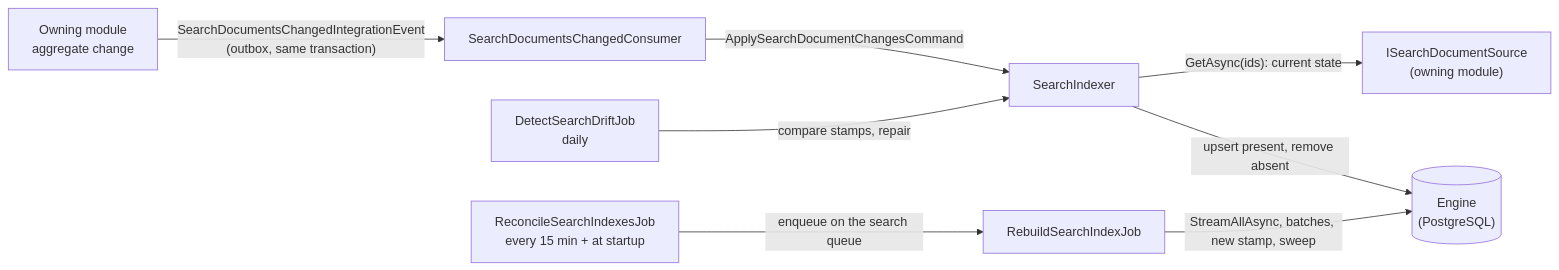
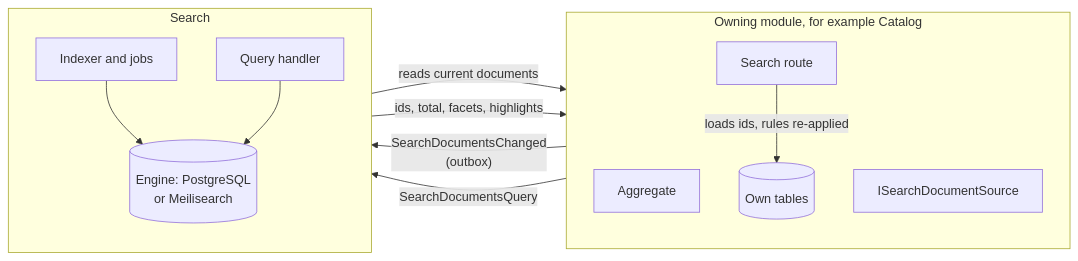
The diagram in wiki/Modules/Search.md (mhasabalah/StarterKit), drawn with Mermaid before and after one commit. The commit also changed other lines of this file and 18 other files, not shown here.

First line of the commit message:
docs(search): a full Search guide, on the home pages and in the module nav

````diff
--- a/wiki/Modules/Search.md
+++ b/wiki/Modules/Search.md
@@ -130,12 +25,27 @@
 ```mermaid
 flowchart LR
-    accTitle: Search indexing pipeline
-    accDescr: An owning module's change goes through the outbox to the Search consumer, which re-reads the source and writes the engine. Rebuild, reconcile and drift jobs repair and rebuild.
-    owner["Owning module<br/>aggregate change"] -->|"SearchDocumentsChangedIntegrationEvent<br/>(outbox, same transaction)"| consumer["SearchDocumentsChangedConsumer"]
-    consumer -->|"ApplySearchDocumentChangesCommand"| indexer["SearchIndexer"]
-    indexer -->|"GetAsync(ids): current state"| source["ISearchDocumentSource<br/>(owning module)"]
-    indexer -->|"upsert present, remove absent"| engine[("Engine<br/>(PostgreSQL)")]
-    reconcile["ReconcileSearchIndexesJob<br/>every 15 min + at startup"] -->|"enqueue on the search queue"| rebuild["RebuildSearchIndexJob"]
-    rebuild -->|"StreamAllAsync, batches, new stamp, sweep"| engine
-    drift["DetectSearchDriftJob<br/>daily"] -->|"compare stamps, repair"| indexer
+  accTitle: Search in the system
+  accDescr: An owning module raises a change event and provides a document source; Search keeps the index in an engine and answers queries with ids that the owner loads again.
+  subgraph Owner["Owning module, for example Catalog"]
+    direction TB
+    A[Aggregate]
+    H[Search route]
+    SRC[ISearchDocumentSource]
+    DB[(Own tables)]
+  end
+  subgraph Search
+    direction TB
+    I[Indexer and jobs]
+    Q[Query handler]
+    E[(Engine: PostgreSQL<br/>or Meilisearch)]
+  end
+  A -->|"SearchDocumentsChanged<br/>(outbox)"| I
+  I -->|"reads current documents"| SRC
+  I --> E
+  H -->|"SearchDocumentsQuery"| Q
+  Q --> E
+  Q -->|"ids, total, facets, highlights"| H
+  H -->|"loads ids, rules re-applied"| DB
+  class A,H,SRC,I,Q application
+  class DB,E data
 ```
````
